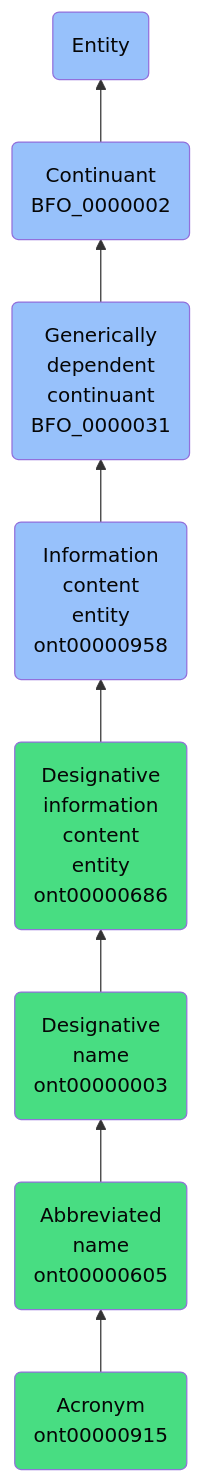
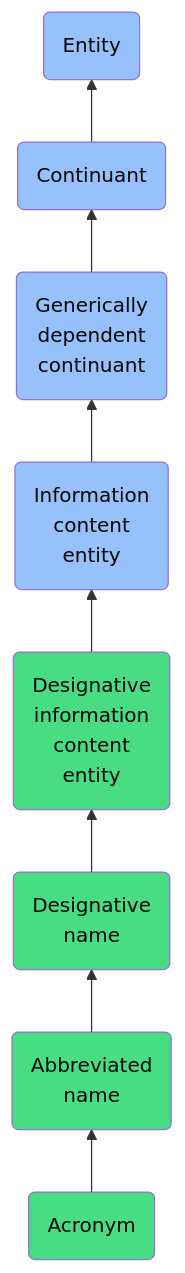
Before and after one commit to jupyter-naas/abi: the diagram in docs/ontology/reference/model/Entity/Continuant/Generically dependent continuant/Information content entity/Designative information content entity/Designative name/Abbreviated name/Acronym/Acronym.md, drawn with Mermaid. The commit also changed other lines of this file and 1430 other files, not shown here.

````diff
--- a/docs/ontology/reference/model/Entity/Continuant/Generically dependent continuant/Information content entity/Designative information content entity/Designative name/Abbreviated name/Acronym/Acronym.md
+++ b/docs/ontology/reference/model/Entity/Continuant/Generically dependent continuant/Information content entity/Designative information content entity/Designative name/Abbreviated name/Acronym/Acronym.md
@@ -24,15 +24,15 @@
 ```mermaid
 graph BT
-    ont00000915(Acronym<br>ont00000915):::ABI-->ont00000605
-    ont00000605(Abbreviated<br>name<br>ont00000605):::ABI-->ont00000003
-    ont00000003(Designative<br>name<br>ont00000003):::ABI-->ont00000686
-    ont00000686(Designative<br>information<br>content<br>entity<br>ont00000686):::ABI-->ont00000958
-    ont00000958(Information<br>content<br>entity<br>ont00000958):::BFO-->BFO_0000031
-    BFO_0000031(Generically<br>dependent<br>continuant<br>BFO_0000031):::BFO-->BFO_0000002
-    BFO_0000002(Continuant<br>BFO_0000002):::BFO-->BFO_0000001
+    ont00000915(Acronym):::ABI-->ont00000605
+    ont00000605(Abbreviated<br>name):::ABI-->ont00000003
+    ont00000003(Designative<br>name):::ABI-->ont00000686
+    ont00000686(Designative<br>information<br>content<br>entity):::ABI-->ont00000958
+    ont00000958(Information<br>content<br>entity):::BFO-->BFO_0000031
+    BFO_0000031(Generically<br>dependent<br>continuant):::BFO-->BFO_0000002
+    BFO_0000002(Continuant):::BFO-->BFO_0000001
     BFO_0000001(Entity):::BFO
     
     classDef BFO fill:#97c1fb,color:#060606
     classDef CCO fill:#e4c51e,color:#060606
     classDef ABI fill:#48DD82,color:#060606
 ```
````
